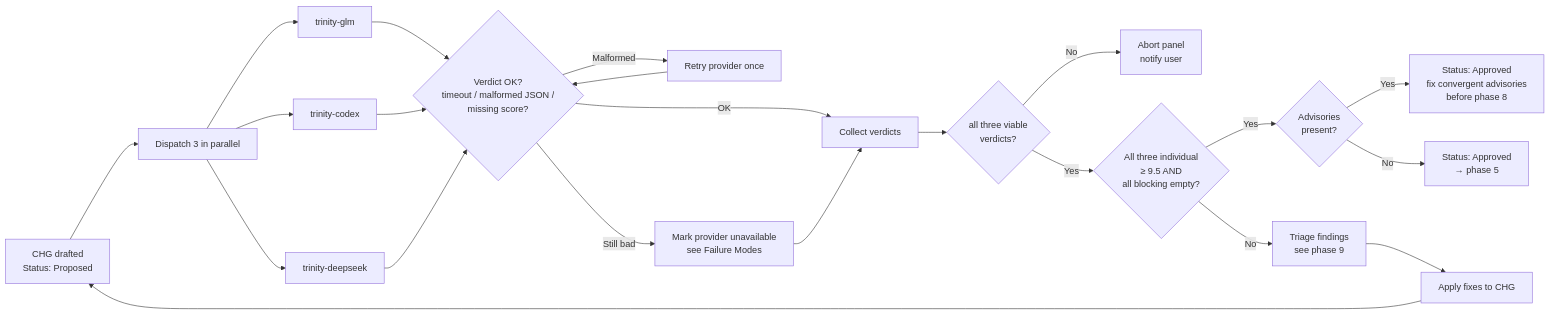
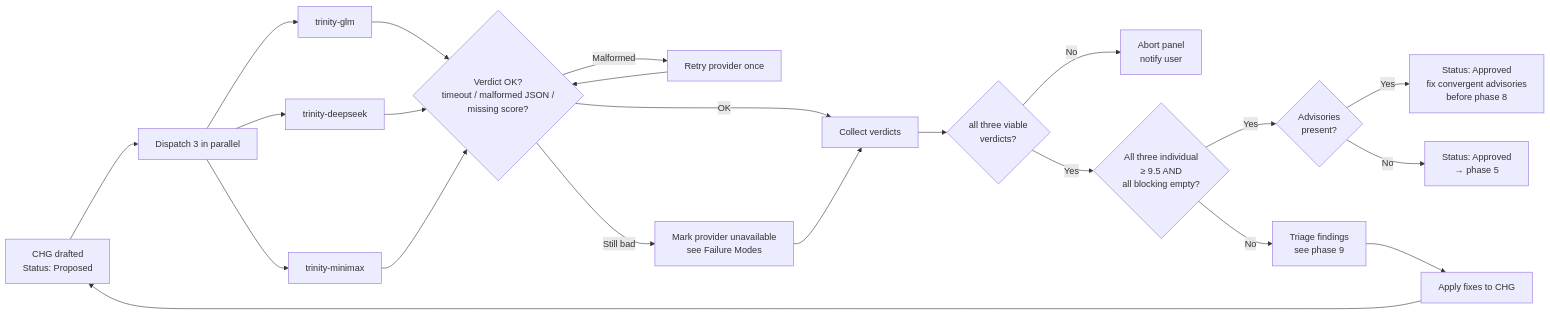
One commit to frankyxhl/trinity changed the third of 7 diagrams in rules/TRN-1008-SOP-Multi-Agent-Review-Loop.md. Above: the diagram before and after it, drawn with Mermaid. The commit also changed other lines of this file and 3 other files, not shown here.

````diff
--- a/rules/TRN-1008-SOP-Multi-Agent-Review-Loop.md
+++ b/rules/TRN-1008-SOP-Multi-Agent-Review-Loop.md
@@ -435,24 +435,24 @@
 ```mermaid
 flowchart LR
     A[CHG drafted<br/>Status: Proposed] --> B[Dispatch 3 in parallel]
     B --> G1[trinity-glm]
-    B --> G2[trinity-codex]
-    B --> G3[trinity-deepseek]
+    B --> G2[trinity-deepseek]
+    B --> G3[trinity-minimax]
     G1 --> V1{Verdict OK?<br/>timeout / malformed JSON /<br/>missing score?}
     G2 --> V1
     G3 --> V1
     V1 -- Malformed --> R1[Retry provider once]
     R1 --> V1
     V1 -- "Still bad" --> Drop[Mark provider unavailable<br/>see Failure Modes]
     V1 -- OK --> J[Collect verdicts]
     Drop --> J
     J --> N1{all three viable<br/>verdicts?}
     N1 -- No --> Abort[Abort panel<br/>notify user]
     N1 -- Yes --> K{"All three individual<br/>≥ 9.5 AND<br/>all blocking empty?"}
     K -- Yes --> ADV{Advisories<br/>present?}
     ADV -- Yes --> L2[Status: Approved<br/>fix convergent advisories<br/>before phase 8]
     ADV -- No --> L[Status: Approved<br/>→ phase 5]
     K -- No --> M[Triage findings<br/>see phase 9]
     M --> NX[Apply fixes to CHG]
     NX --> A
 ```
````
